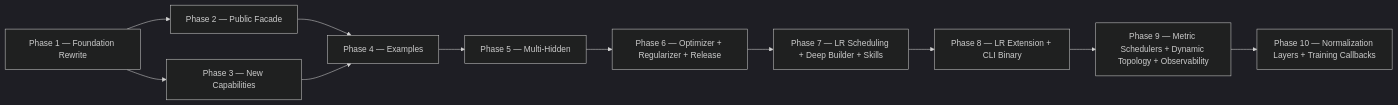
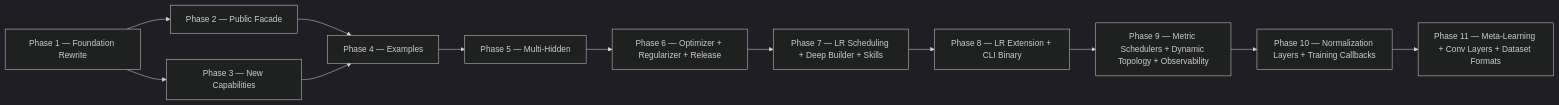
Before and after one commit to teratron/gonn: the diagram in .design/PLAN.md, drawn with Mermaid (dark theme). The commit also changed other lines of this file and 10 other files, not shown here.

First line of the commit message:
feat(plan): scope Phase 11 — conv layers, dataset formats, meta-learning (v0.10.0)

````diff
--- a/.design/PLAN.md
+++ b/.design/PLAN.md
@@ -188,13 +205,14 @@
 ```mermaid
 graph LR
   A1[Phase 1 — Foundation Rewrite] --> B1[Phase 2 — Public Facade]
   A1 --> C1[Phase 3 — New Capabilities]
   B1 --> D1[Phase 4 — Examples]
   C1 --> D1
   D1 --> E1[Phase 5 — Multi-Hidden]
   E1 --> F1[Phase 6 — Optimizer + Regularizer + Release]
   F1 --> G1[Phase 7 — LR Scheduling + Deep Builder + Skills]
   G1 --> H1[Phase 8 — LR Extension + CLI Binary]
   H1 --> I1[Phase 9 — Metric Schedulers + Dynamic Topology + Observability]
   I1 --> J1[Phase 10 — Normalization Layers + Training Callbacks]
+  J1 --> K1[Phase 11 — Meta-Learning + Conv Layers + Dataset Formats]
 ```
````
